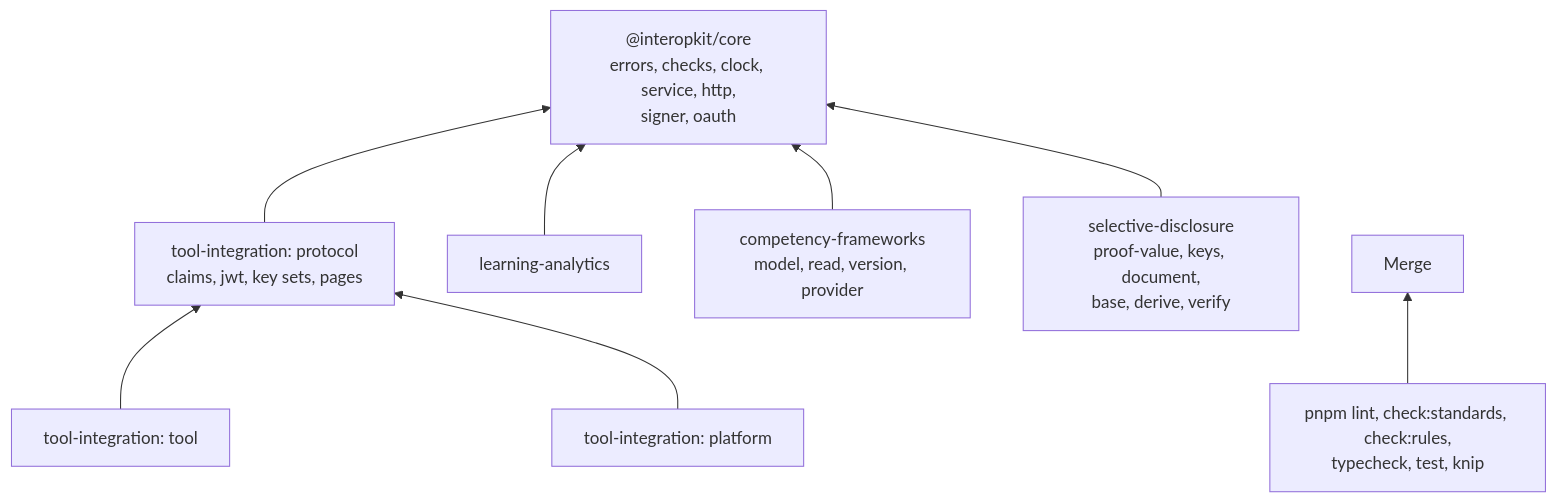
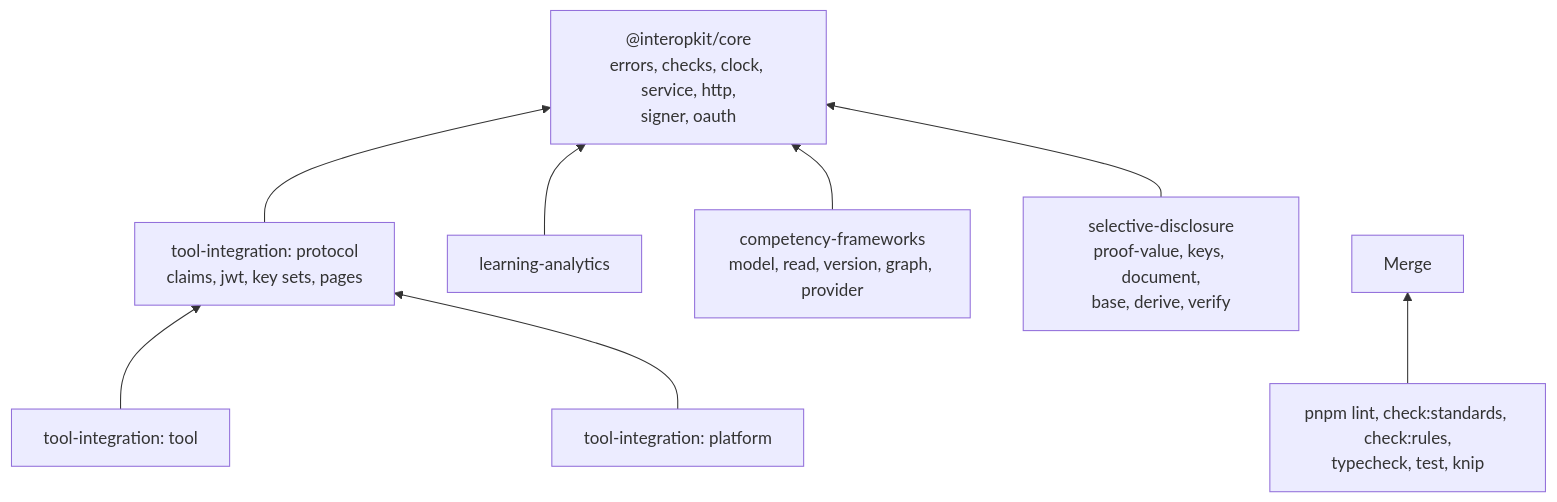
The diagram in AGENTS.md (interopkit/interopkit), drawn with Mermaid before and after one commit. The commit also changed other lines of this file and 32 other files, not shown here.

First line of the commit message:
Add the CASE graph: tree, associations, crosswalk, difference, staleness and adoption status

````diff
--- a/AGENTS.md
+++ b/AGENTS.md
@@ -13,17 +13,17 @@
 ```mermaid
 flowchart BT
   core["@interopkit/core<br/>errors, checks, clock, service, http,<br/>signer, oauth"]
   proto["tool-integration: protocol<br/>claims, jwt, key sets, pages"]
   tool["tool-integration: tool"]
   plat["tool-integration: platform"]
   la["learning-analytics"]
-  cf["competency-frameworks<br/>model, read, version, provider"]
+  cf["competency-frameworks<br/>model, read, version, graph, provider"]
   sd["selective-disclosure<br/>proof-value, keys, document,<br/>base, derive, verify"]
   proto --> core
   tool --> proto
   plat --> proto
   la --> core
   cf --> core
   sd --> core
   gates["pnpm lint, check:standards, check:rules,<br/>typecheck, test, knip"] --> merge["Merge"]
 ```
````
